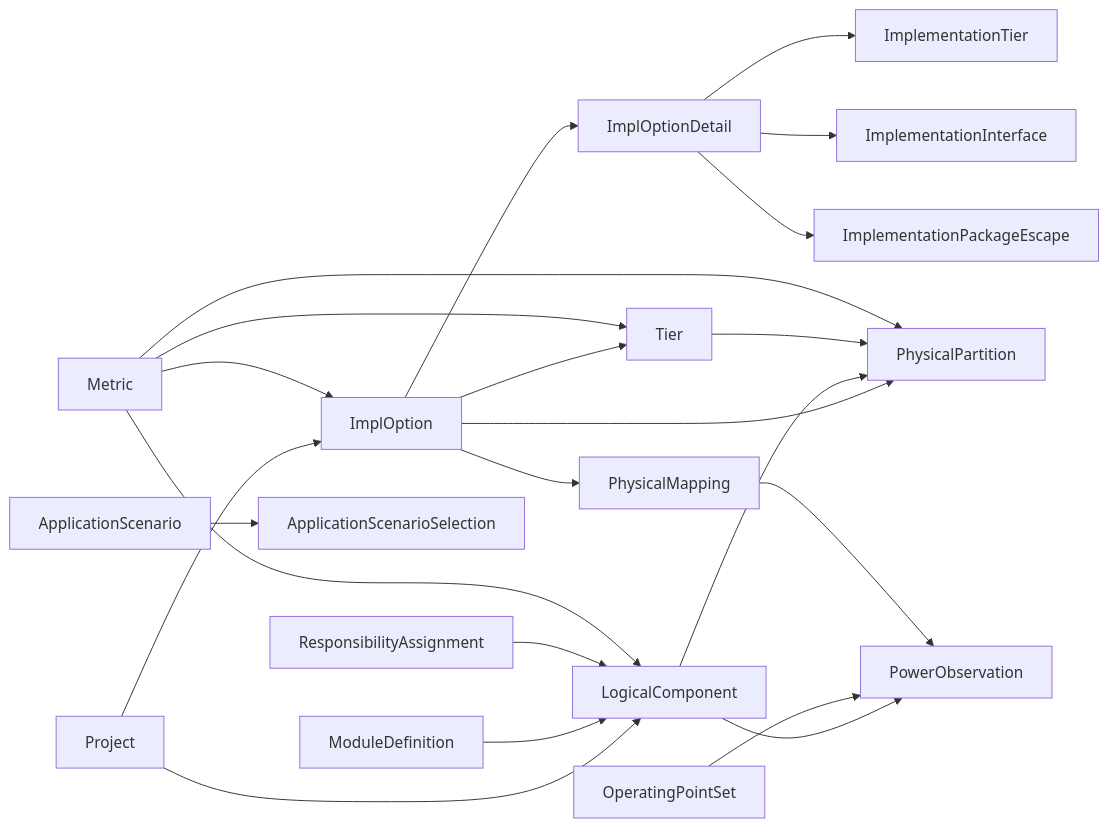
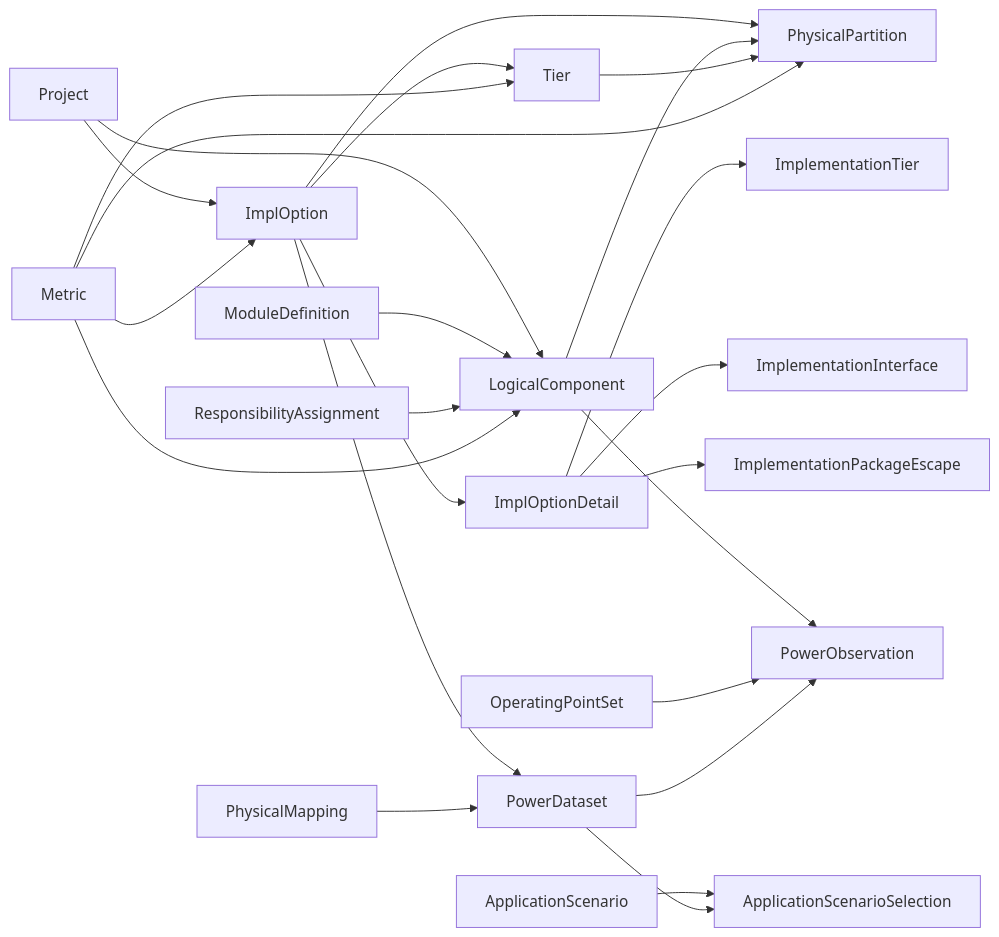
The diagram in docs/schema_v7.md (smhe00/soc_data), drawn with Mermaid before and after one commit. The commit also changed other lines of this file and 4 other files, not shown here.

````diff
--- a/docs/schema_v7.md
+++ b/docs/schema_v7.md
@@ -17,24 +17,26 @@
 ```mermaid
 flowchart LR
   Project --> ImplOption
   Project --> LogicalComponent
   ModuleDefinition --> LogicalComponent
   ImplOption --> Tier
   ImplOption --> ImplOptionDetail
   ImplOptionDetail --> ImplementationTier
   ImplOptionDetail --> ImplementationInterface
   ImplOptionDetail --> ImplementationPackageEscape
   ImplOption --> PhysicalPartition
   LogicalComponent --> PhysicalPartition
   Tier --> PhysicalPartition
   ResponsibilityAssignment --> LogicalComponent
   Metric --> LogicalComponent
   Metric --> PhysicalPartition
   Metric --> Tier
   Metric --> ImplOption
-  ImplOption --> PhysicalMapping
+  ImplOption --> PowerDataset
+  PhysicalMapping --> PowerDataset
   ApplicationScenario --> ApplicationScenarioSelection
   LogicalComponent --> PowerObservation
   OperatingPointSet --> PowerObservation
-  PhysicalMapping --> PowerObservation
+  PowerDataset --> PowerObservation
+  PowerDataset --> ApplicationScenarioSelection
 ```
````
